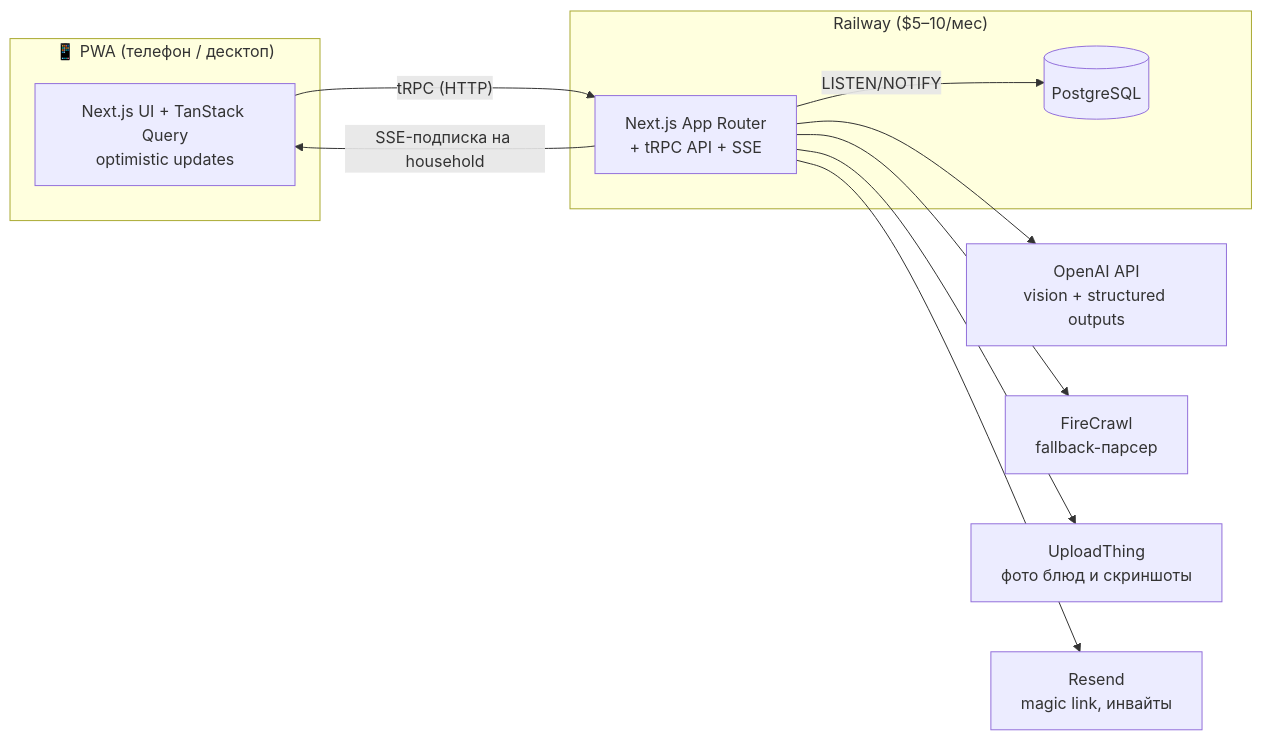
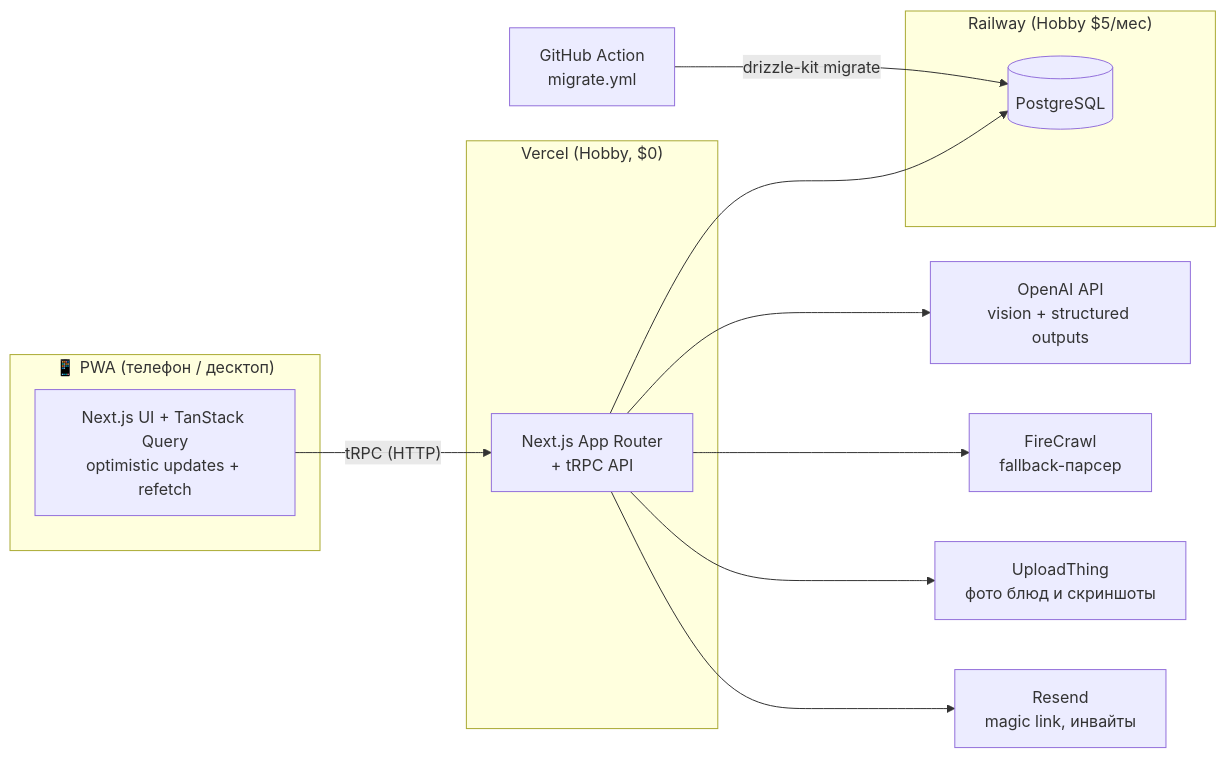
The second of 2 diagrams in VISION.md (ilyanosovsky/larder), drawn with Mermaid before and after one commit. The commit also changed other lines of this file and 12 other files, not shown here.

First line of the commit message:
chore: hosting pivot — Vercel app + Railway Postgres, refetch sync (task 0.6) (#8)

````diff
--- a/VISION.md
+++ b/VISION.md
@@ -138,17 +138,19 @@
 ```mermaid
 flowchart LR
     subgraph Client["📱 PWA (телефон / десктоп)"]
-        UI[Next.js UI + TanStack Query\noptimistic updates]
+        UI[Next.js UI + TanStack Query\noptimistic updates + refetch]
     end
-    subgraph Railway["Railway ($5–10/мес)"]
-        APP[Next.js App Router\n+ tRPC API + SSE]
+    subgraph Vercel["Vercel (Hobby, $0)"]
+        APP[Next.js App Router\n+ tRPC API]
+    end
+    subgraph Railway["Railway (Hobby $5/мес)"]
         DB[(PostgreSQL)]
-        APP -- LISTEN/NOTIFY --> DB
     end
+    GH[GitHub Action\nmigrate.yml] -- drizzle-kit migrate --> DB
     UI -- tRPC (HTTP) --> APP
-    APP -- SSE-подписка на household --> UI
+    APP --> DB
     APP --> OpenAI[OpenAI API\nvision + structured outputs]
     APP --> FC[FireCrawl\nfallback-парсер]
     APP --> UT[UploadThing\nфото блюд и скриншоты]
     APP --> RS[Resend\nmagic link, инвайты]
 ```
````
